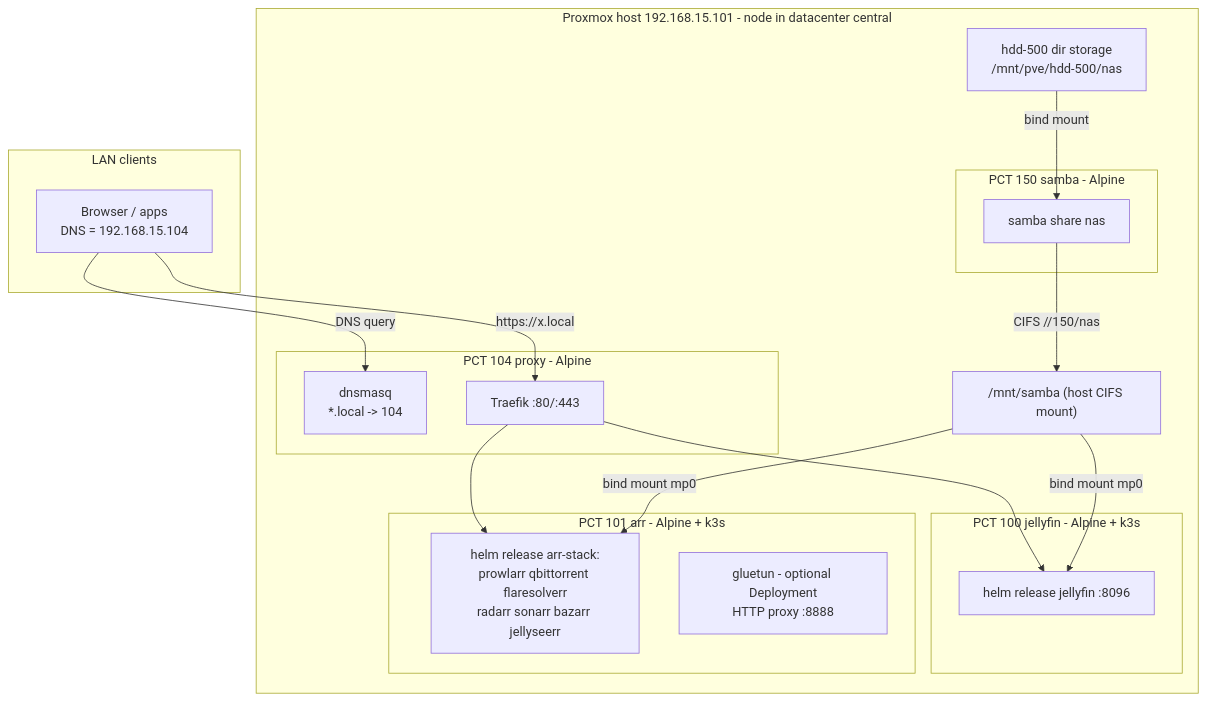
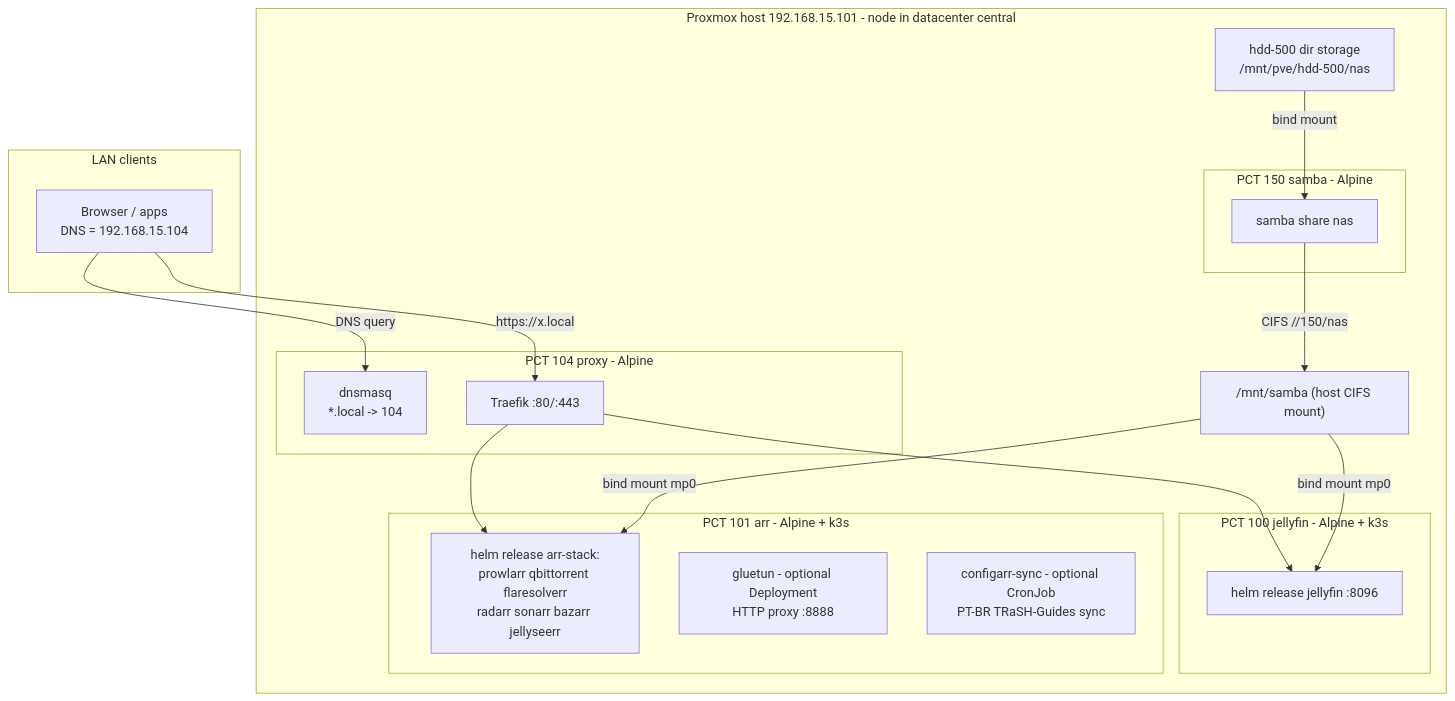
Before and after one commit to YtaloWill/homelab-infra: the diagram in .kiro/specs/homelab-foundation/design.md, drawn with Mermaid. The commit also changed other lines of this file and 11 other files, not shown here.

First line of the commit message:
feat: add Configarr PT-BR TRaSH-Guides sync to arr-stack chart

````diff
--- a/.kiro/specs/homelab-foundation/design.md
+++ b/.kiro/specs/homelab-foundation/design.md
@@ -13,32 +13,33 @@
 ```mermaid
 flowchart TB
     subgraph LAN clients
         C[Browser / apps<br/>DNS = 192.168.15.104]
     end
     subgraph PVE[Proxmox host 192.168.15.101 - node in datacenter central]
         subgraph P104[PCT 104 proxy - Alpine]
             DNS[dnsmasq<br/>*.local -> 104]
             TR[Traefik :80/:443]
         end
         subgraph P100[PCT 100 jellyfin - Alpine + k3s]
             JF[helm release jellyfin :8096]
         end
         subgraph P101[PCT 101 arr - Alpine + k3s]
             AR[helm release arr-stack:<br/>prowlarr qbittorrent flaresolverr<br/>radarr sonarr bazarr jellyseerr]
             GL[gluetun - optional Deployment<br/>HTTP proxy :8888]
+            CF[configarr-sync - optional CronJob<br/>PT-BR TRaSH-Guides sync]
         end
         subgraph P150[PCT 150 samba - Alpine]
             SMB[samba share nas]
         end
         HM["/mnt/samba (host CIFS mount)"]
         HDD["hdd-500 dir storage<br/>/mnt/pve/hdd-500/nas"]
     end
     C -->|DNS query| DNS
     C -->|https://x.local| TR
     TR --> JF
     TR --> AR
     HDD -->|bind mount| SMB
     SMB -->|CIFS //150/nas| HM
     HM -->|bind mount mp0| JF
     HM -->|bind mount mp0| AR
 ```
````
